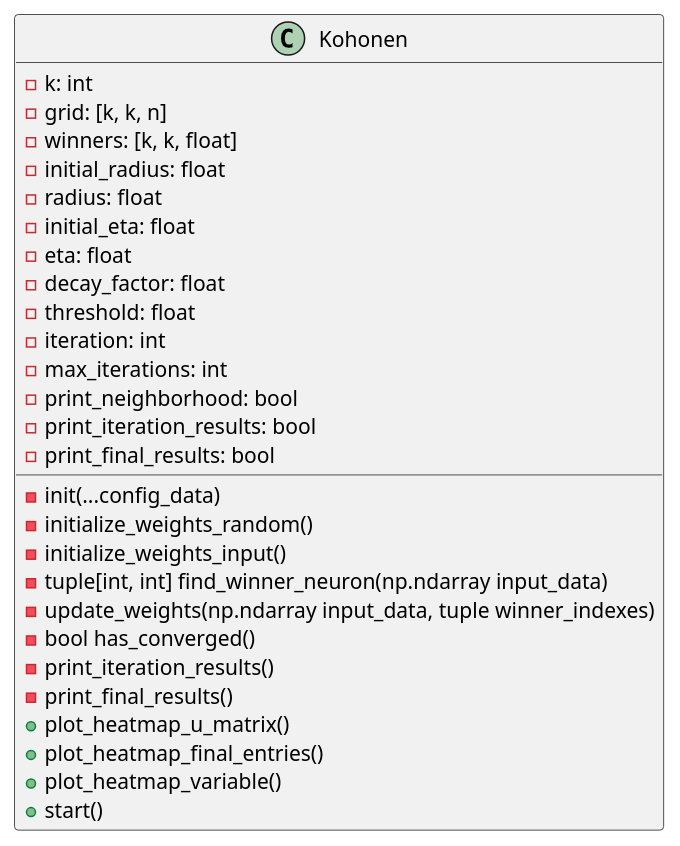
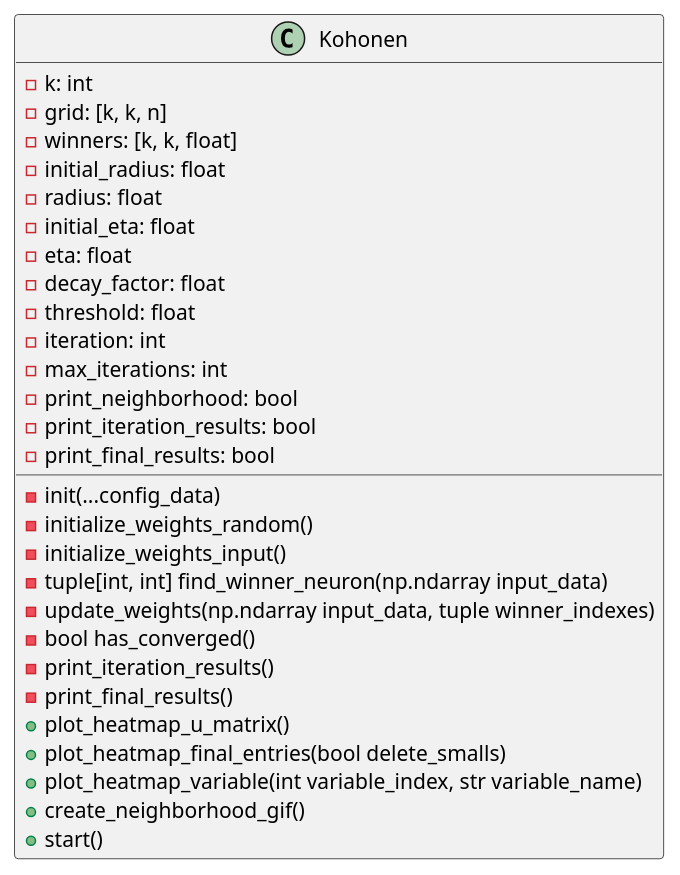
Before and after one commit to ichayer/sia: the diagram in tp4/Kohonen/Kohonen.puml, drawn with PlantUML. The commit also changed 5 other files, not shown here.

First line of the commit message:
new methods, updated UML, jupyter notebook

```diff
--- a/tp4/Kohonen/Kohonen.puml
+++ b/tp4/Kohonen/Kohonen.puml
@@ -1,34 +1,35 @@
 @startuml
 'https://plantuml.com/class-diagram
 
 class Kohonen {
 - k: int
 - grid: [k, k, n]
 - winners: [k, k, float]
 - initial_radius: float
 - radius: float
 - initial_eta: float
 - eta: float
 - decay_factor: float
 - threshold: float
 - iteration: int
 - max_iterations: int
 - print_neighborhood: bool
 - print_iteration_results: bool
 - print_final_results: bool
 
 - init(...config_data)
 - initialize_weights_random()
 - initialize_weights_input()
 - tuple[int, int] find_winner_neuron(np.ndarray input_data)
 - update_weights(np.ndarray input_data, tuple winner_indexes)
 - bool has_converged()
 - print_iteration_results()
 - print_final_results()
 + plot_heatmap_u_matrix()
-+ plot_heatmap_final_entries()
-+ plot_heatmap_variable()
++ plot_heatmap_final_entries(bool delete_smalls)
++ plot_heatmap_variable(int variable_index, str variable_name)
++ create_neighborhood_gif()
 + start()
 }
 
 @enduml
```
